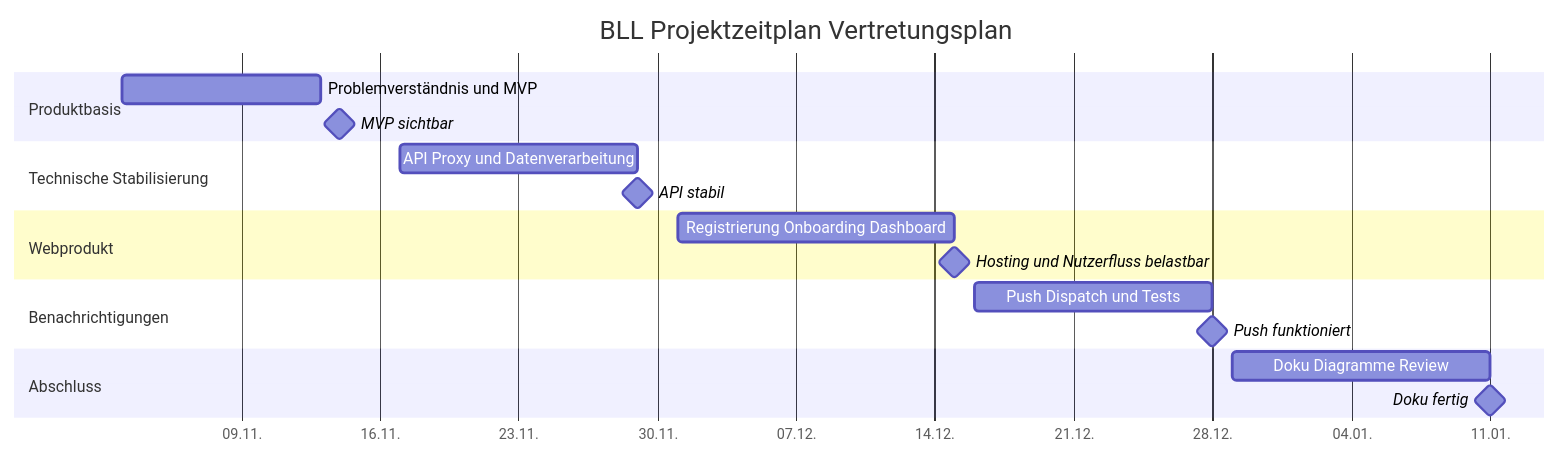
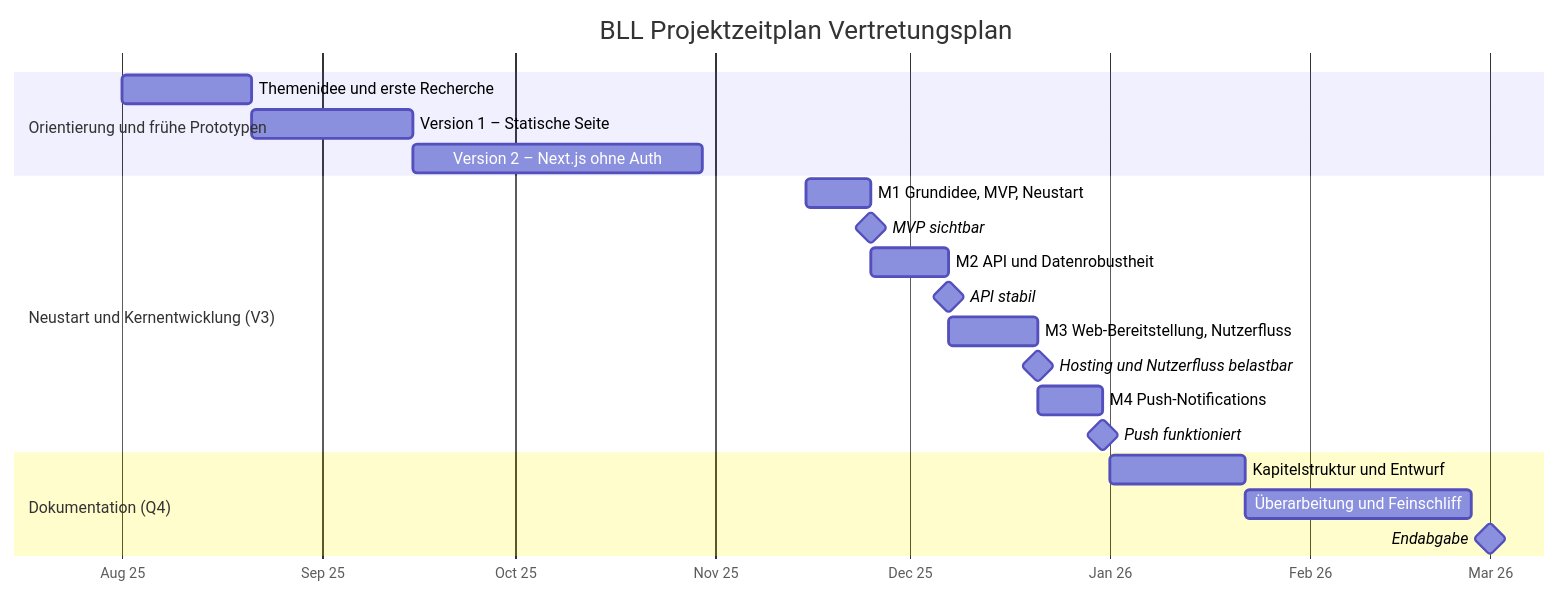
The first of 2 diagrams in docs/chapters/03a_projektmanagement_und_zeitplanung.rst (cancel-cloud/fds-vertretungsplan), drawn with Mermaid before and after one commit. The commit also changed other lines of this file and 19 other files, not shown here.

```diff
--- a/docs/chapters/03a_projektmanagement_und_zeitplanung.rst
+++ b/docs/chapters/03a_projektmanagement_und_zeitplanung.rst
@@ -50,26 +90,26 @@
 .. mermaid::
 
    gantt
        title BLL Projektzeitplan Vertretungsplan
        dateFormat  YYYY-MM-DD
-       axisFormat  %d.%m.
+       axisFormat  %b %y
 
-       section Produktbasis
-       Problemverständnis und MVP             :a1, 2025-11-03, 10d
-       MVP sichtbar                            :milestone, m1, 2025-11-14, 0d
+       section Orientierung und frühe Prototypen
+       Themenidee und erste Recherche          :a0, 2025-08-01, 20d
+       Version 1 – Statische Seite             :a1, 2025-08-21, 25d
+       Version 2 – Next.js ohne Auth           :a2, 2025-09-15, 45d
 
-       section Technische Stabilisierung
-       API Proxy und Datenverarbeitung         :a2, 2025-11-17, 12d
-       API stabil                              :milestone, m2, 2025-11-29, 0d
+       section Neustart und Kernentwicklung (V3)
+       M1 Grundidee, MVP, Neustart             :a3, 2025-11-15, 10d
+       MVP sichtbar                            :milestone, m1, 2025-11-25, 0d
+       M2 API und Datenrobustheit              :a4, 2025-11-25, 12d
+       API stabil                              :milestone, m2, 2025-12-07, 0d
+       M3 Web-Bereitstellung, Nutzerfluss      :a5, 2025-12-07, 14d
+       Hosting und Nutzerfluss belastbar       :milestone, m3, 2025-12-21, 0d
+       M4 Push-Notifications                   :a6, 2025-12-21, 10d
+       Push funktioniert                       :milestone, m4, 2025-12-31, 0d
 
-       section Webprodukt
-       Registrierung Onboarding Dashboard      :a3, 2025-12-01, 14d
-       Hosting und Nutzerfluss belastbar       :milestone, m3, 2025-12-15, 0d
-
-       section Benachrichtigungen
-       Push Dispatch und Tests                 :a4, 2025-12-16, 12d
-       Push funktioniert                       :milestone, m4, 2025-12-28, 0d
-
-       section Abschluss
-       Doku Diagramme Review                   :a5, 2025-12-29, 13d
-       Doku fertig                             :milestone, m5, 2026-01-11, 0d
+       section Dokumentation (Q4)
+       Kapitelstruktur und Entwurf             :a7, 2026-01-01, 21d
+       Überarbeitung und Feinschliff           :a8, 2026-01-22, 35d
+       Endabgabe                               :milestone, m5, 2026-03-01, 0d
```
